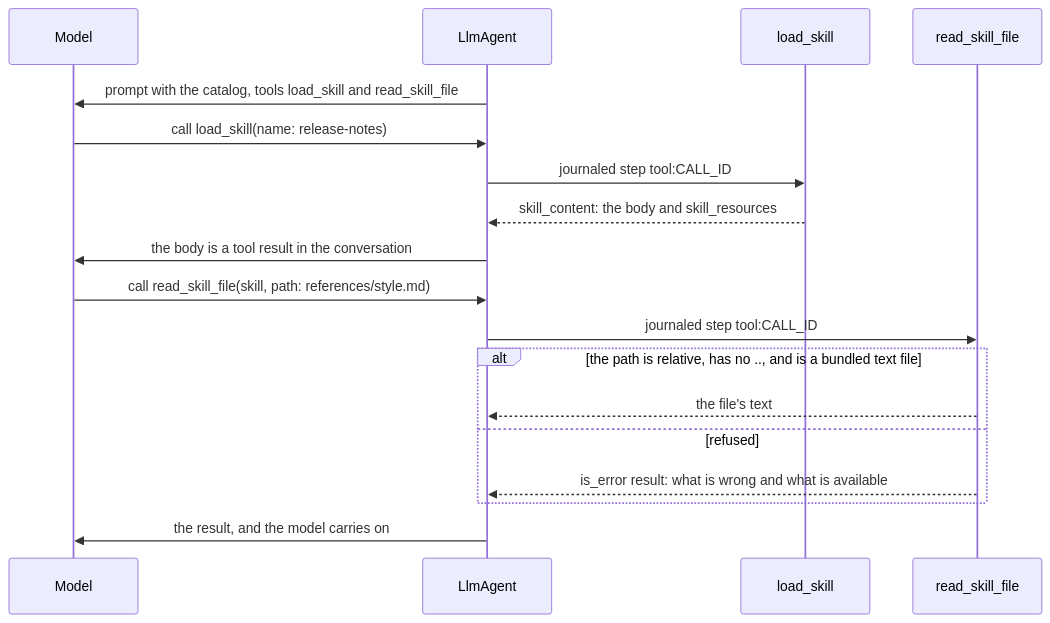
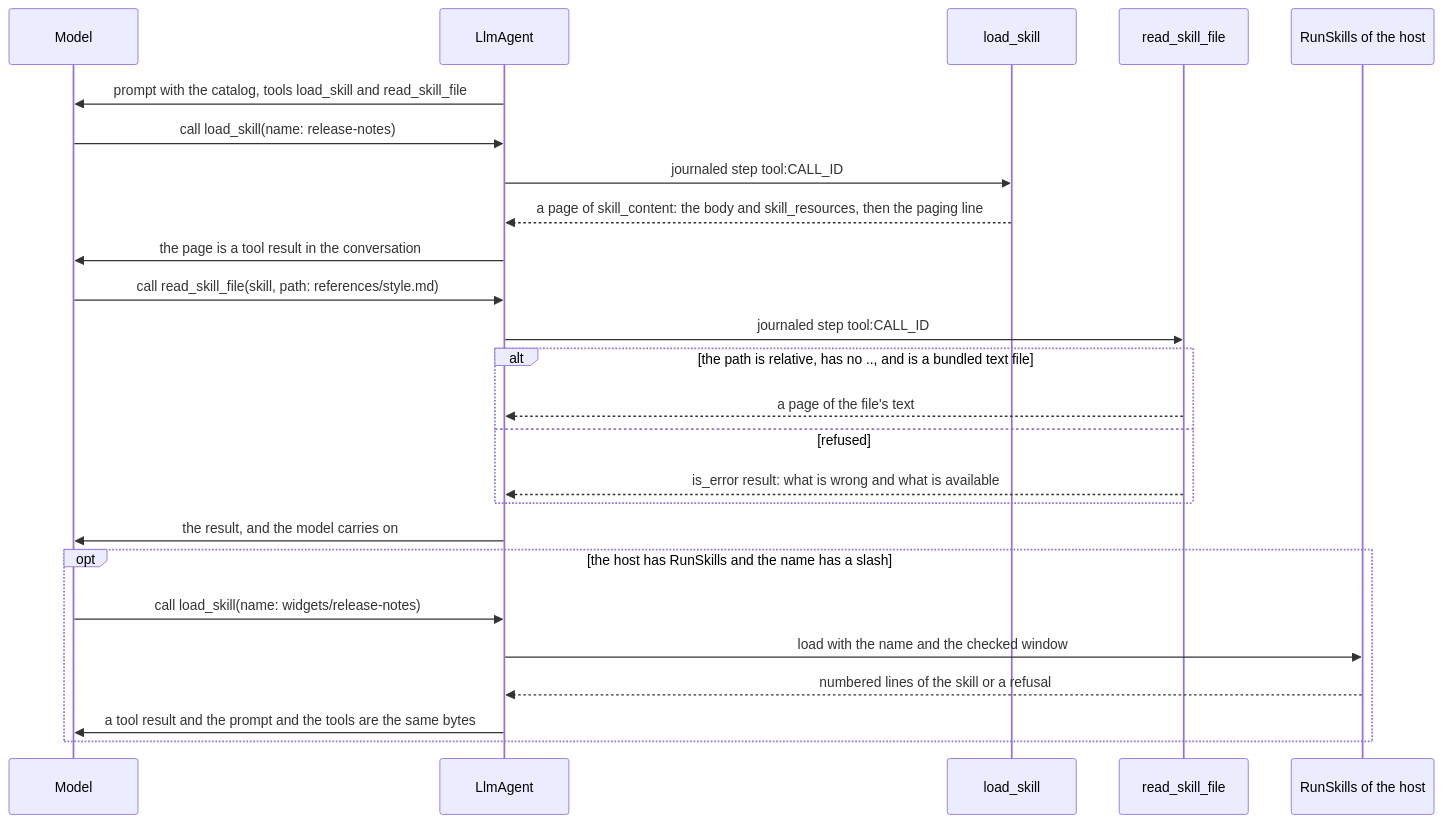
The seventh of 12 diagrams in docs/reference/agent-files.md (vymalo/another-adam-rs), drawn with Mermaid before and after one commit. The commit also changed other lines of this file and 6 other files, not shown here.

First line of the commit message:
docs: skills on by default, RunSkills and a repository's skills (ADR 0044 slice 8)

````diff
--- a/docs/reference/agent-files.md
+++ b/docs/reference/agent-files.md
@@ -501,20 +516,27 @@
 ```mermaid
 sequenceDiagram
   participant M as Model
   participant A as LlmAgent
   participant L as load_skill
   participant R as read_skill_file
+  participant H as RunSkills of the host
   A->>M: prompt with the catalog, tools load_skill and read_skill_file
   M->>A: call load_skill(name: release-notes)
   A->>L: journaled step tool:CALL_ID
-  L-->>A: skill_content: the body and skill_resources
-  A->>M: the body is a tool result in the conversation
+  L-->>A: a page of skill_content: the body and skill_resources, then the paging line
+  A->>M: the page is a tool result in the conversation
   M->>A: call read_skill_file(skill, path: references/style.md)
   A->>R: journaled step tool:CALL_ID
   alt the path is relative, has no .., and is a bundled text file
-    R-->>A: the file's text
+    R-->>A: a page of the file's text
   else refused
     R-->>A: is_error result: what is wrong and what is available
   end
   A->>M: the result, and the model carries on
+  opt the host has RunSkills and the name has a slash
+    M->>A: call load_skill(name: widgets/release-notes)
+    A->>H: load with the name and the checked window
+    H-->>A: numbered lines of the skill or a refusal
+    A->>M: a tool result and the prompt and the tools are the same bytes
+  end
 ```
````
